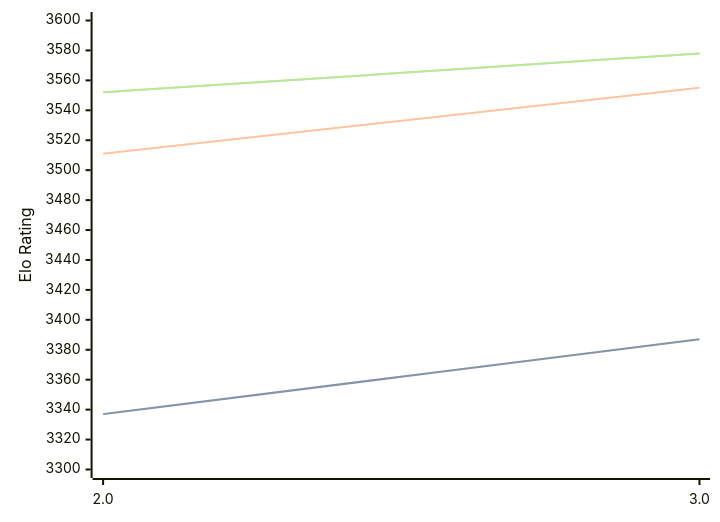
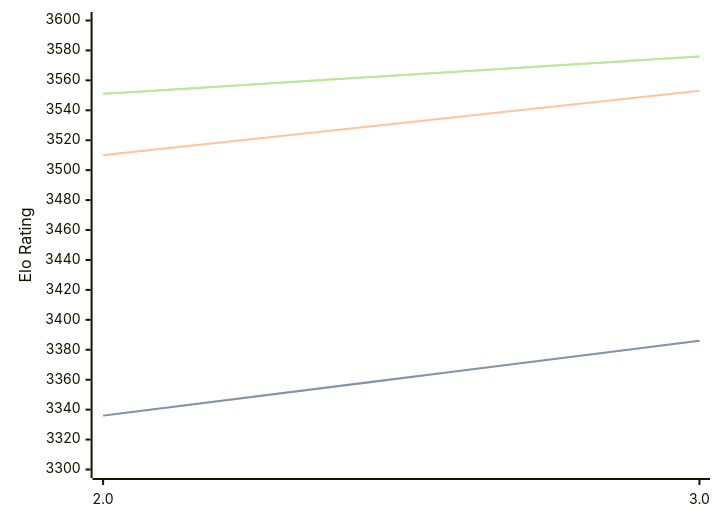
One commit to computer-chess-index/cci changed the diagram in engines/Quanticade.md. Above: the diagram before and after it, drawn with Mermaid. The commit also changed other lines of this file, not shown here.

Commit message:
Update CCI Ratings (ELO VLTC) - 2026-03-08

````diff
--- a/engines/Quanticade.md
+++ b/engines/Quanticade.md
@@ -39,11 +39,11 @@
 ```mermaid
 %%{init: {"theme":"base","themeVariables":{"seriesColors:['#a3a3a3','#222221','#faa371']}}}%%
 xychart-beta
   x-axis ["2.0", "3.0"]
   y-axis "Elo Rating" 3300 --> 3600
-  line "STC (8.0+0.08s)" [3337, 3387]
-  line "STC (8.0+0.08s)" [3337, 3387]
-  line "LTC (60.0+0.60s)" [3511, 3555]
-  line "VLTC (2m24s+1.12s)" [3552, 3578]
-  line "VLTC (2m24s+1.12s)" [3552, 3578]
+  line "STC (8.0+0.08s)" [3336, 3386]
+  line "STC (8.0+0.08s)" [3336, 3386]
+  line "LTC (60.0+0.60s)" [3510, 3553]
+  line "VLTC (2m24s+1.12s)" [3551, 3576]
+  line "VLTC (2m24s+1.12s)" [3551, 3576]
 ```
````
